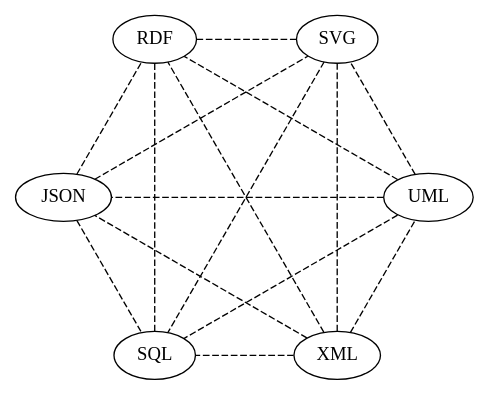
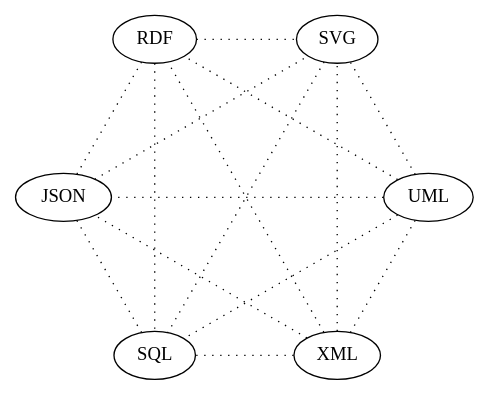
The diagram in many_technologies.dot (TomCarlson-NTAC/NIEM-Metamodel), drawn with Graphviz before and after one commit. The commit also changed 1 other file, not shown here.

Commit message:
Changed dashed to dotted

```diff
--- a/many_technologies.dot
+++ b/many_technologies.dot
@@ -1,34 +1,34 @@
 graph lotsameans {
 
 	layout="circo";
 	
 	xml[label="XML"];
 	uml[label="UML"];
 	json[label="JSON"];
 	
 	rdf[label="RDF"];
 	dot[label="SVG"];
 	
 	sql[label="SQL"];
 	
-	xml -- uml[style="dashed"];
-	xml -- json[style="dashed"];
-	xml -- rdf[style="dashed"];
-	xml -- dot[style="dashed"];
-	xml -- sql[style="dashed"];
+	xml -- uml[style="dotted"];
+	xml -- json[style="dotted"];
+	xml -- rdf[style="dotted"];
+	xml -- dot[style="dotted"];
+	xml -- sql[style="dotted"];
 
-	uml -- json[style="dashed"];
-	uml -- rdf[style="dashed"];
-	uml -- dot[style="dashed"];
-	uml -- sql[style="dashed"];
+	uml -- json[style="dotted"];
+	uml -- rdf[style="dotted"];
+	uml -- dot[style="dotted"];
+	uml -- sql[style="dotted"];
 	
-	json -- rdf[style="dashed"];
-	json -- dot[style="dashed"];
-	json -- sql[style="dashed"];
+	json -- rdf[style="dotted"];
+	json -- dot[style="dotted"];
+	json -- sql[style="dotted"];
 	
-	rdf -- dot[style="dashed"];
-	rdf -- sql[style="dashed"];
+	rdf -- dot[style="dotted"];
+	rdf -- sql[style="dotted"];
 	
-	dot -- sql[style="dashed"];
+	dot -- sql[style="dotted"];
 
 }
```
